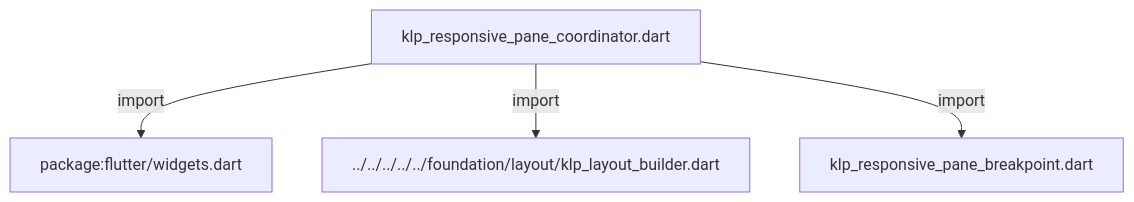
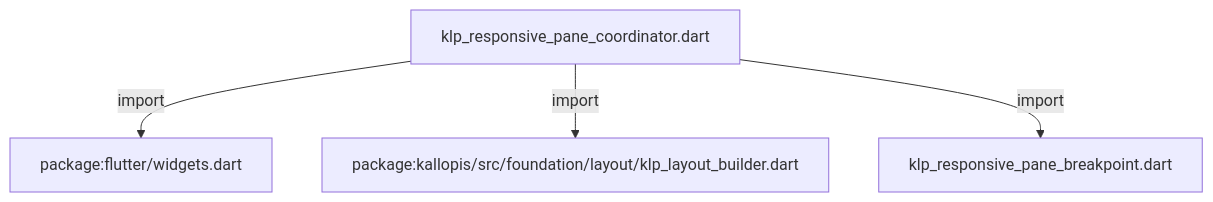
The first of 3 diagrams in docs/architecture/src/features/workspace/shell/composition/pane/klp_responsive_pane_coordinator.md (MiuDog/Kallopis), drawn with Mermaid before and after one commit. The commit also changed other lines of this file and 9688 other files, not shown here.

Commit message:
Prepare isolated Flow F2 peer baseline

````diff
--- a/docs/architecture/src/features/workspace/shell/composition/pane/klp_responsive_pane_coordinator.md
+++ b/docs/architecture/src/features/workspace/shell/composition/pane/klp_responsive_pane_coordinator.md
@@ -11,10 +11,10 @@
 ```mermaid
 flowchart TD
 	n0["klp_responsive_pane_coordinator.dart"]
 	n1["package:flutter/widgets.dart"]
-	n2["../../../../../foundation/layout/klp_layout_builder.dart"]
+	n2["package:kallopis/src/foundation/layout/klp_layout_builder.dart"]
 	n3["klp_responsive_pane_breakpoint.dart"]
 	n0 -->|"import"| n1
 	n0 -->|"import"| n2
 	n0 -->|"import"| n3
 ```
````
